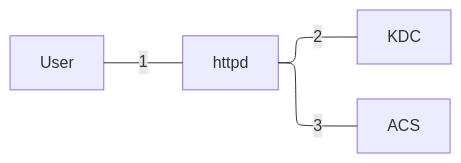
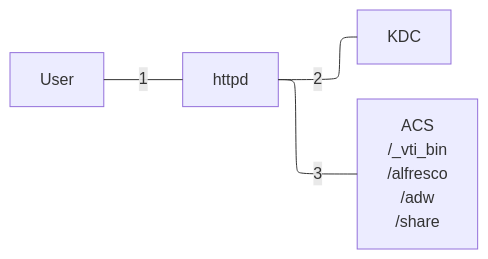
Before and after one commit to papinifrancesco/Alfresco: the first of 2 diagrams in reverse proxy/really working Kerberos authentication.md, drawn with Mermaid. The commit also changed other lines of this file, not shown here.

````diff
--- a/reverse proxy/really working Kerberos authentication.md
+++ b/reverse proxy/really working Kerberos authentication.md
@@ -14,14 +23,19 @@
 ```mermaid
 ---
 config:
   layout: elk
   elk:
     mergeEdges: true
     nodePlacementStrategy: LINEAR_SEGMENTS
 ---
 flowchart LR
     n1["User"] -- 1 --- n2["httpd"]
     n2 -- 2 --- n3["KDC"]
-    n2 -- 3 --- n4["ACS"]
+    n2 -- 3 --- n4["ACS
+/_vti_bin
+/alfresco
+/adw
+/share
+"]
 
 ```
````
